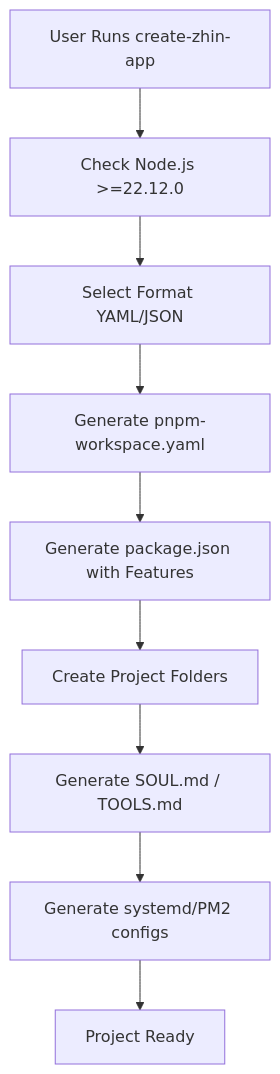
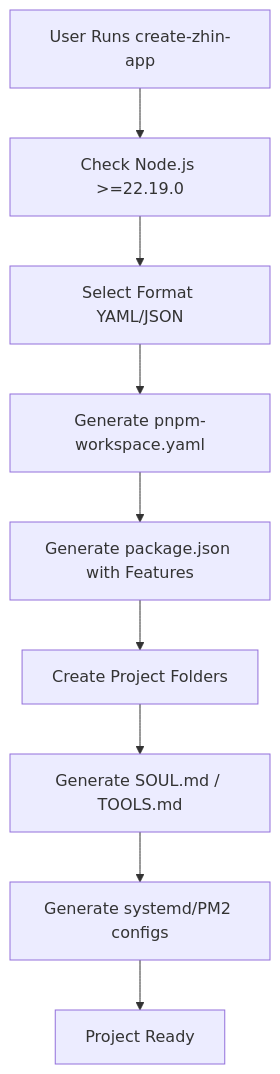
One commit to zhinjs/zhin changed the first of 2 diagrams in docs/en/wiki/cubic/cli-tools.md. Above: the diagram before and after it, drawn with Mermaid. The commit also changed other lines of this file and 38 other files, not shown here.

````diff
--- a/docs/en/wiki/cubic/cli-tools.md
+++ b/docs/en/wiki/cubic/cli-tools.md
@@ -57,11 +57,11 @@
 ```mermaid
 flowchart TD
-    Start[User Runs create-zhin-app] --> CheckNode[Check Node.js >=22.12.0]
+    Start[User Runs create-zhin-app] --> CheckNode[Check Node.js >=22.19.0]
     CheckNode --> SelectConfig[Select Format YAML/JSON]
     SelectConfig --> GenWorkspace[Generate pnpm-workspace.yaml]
     GenWorkspace --> GenPkg[Generate package.json with Features]
     GenPkg --> GenFolders[Create Project Folders]
     GenFolders --> GenBootstrap[Generate SOUL.md / TOOLS.md]
     GenBootstrap --> GenService[Generate systemd/PM2 configs]
     GenService --> Finish[Project Ready]
 ```
````
